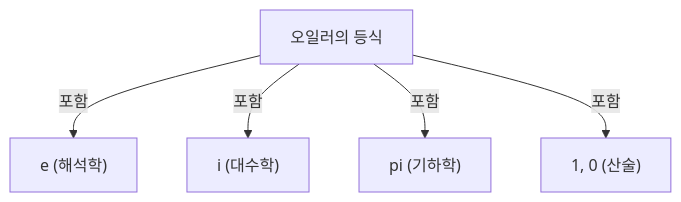
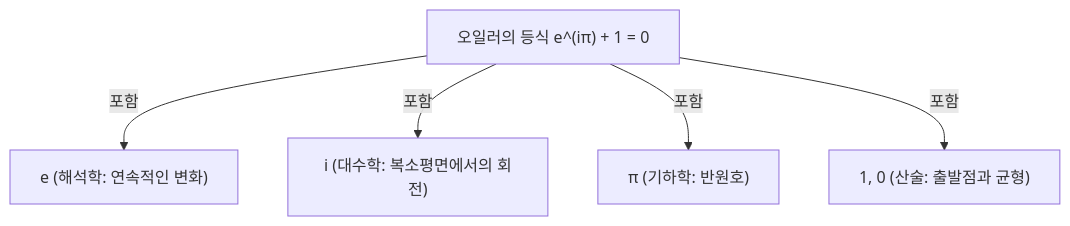
Before and after one commit to kenjinote/blog: the diagram in content/post/eulers-identity/index.ko.md, drawn with Mermaid. The commit also changed other lines of this file and 7 other files, not shown here.

````diff
--- a/content/post/eulers-identity/index.ko.md
+++ b/content/post/eulers-identity/index.ko.md
@@ -31,7 +142,7 @@
 ```mermaid
 graph TD
-    A["오일러의 등식"] -->|"포함"| B["e (해석학)"]
-    A -->|"포함"| C["i (대수학)"]
-    A -->|"포함"| D["pi (기하학)"]
-    A -->|"포함"| E["1, 0 (산술)"]
+    A["오일러의 등식 e^(iπ) + 1 = 0"] -->|"포함"| B["e (해석학: 연속적인 변화)"]
+    A -->|"포함"| C["i (대수학: 복소평면에서의 회전)"]
+    A -->|"포함"| D["π (기하학: 반원호)"]
+    A -->|"포함"| E["1, 0 (산술: 출발점과 균형)"]
 ```
````
